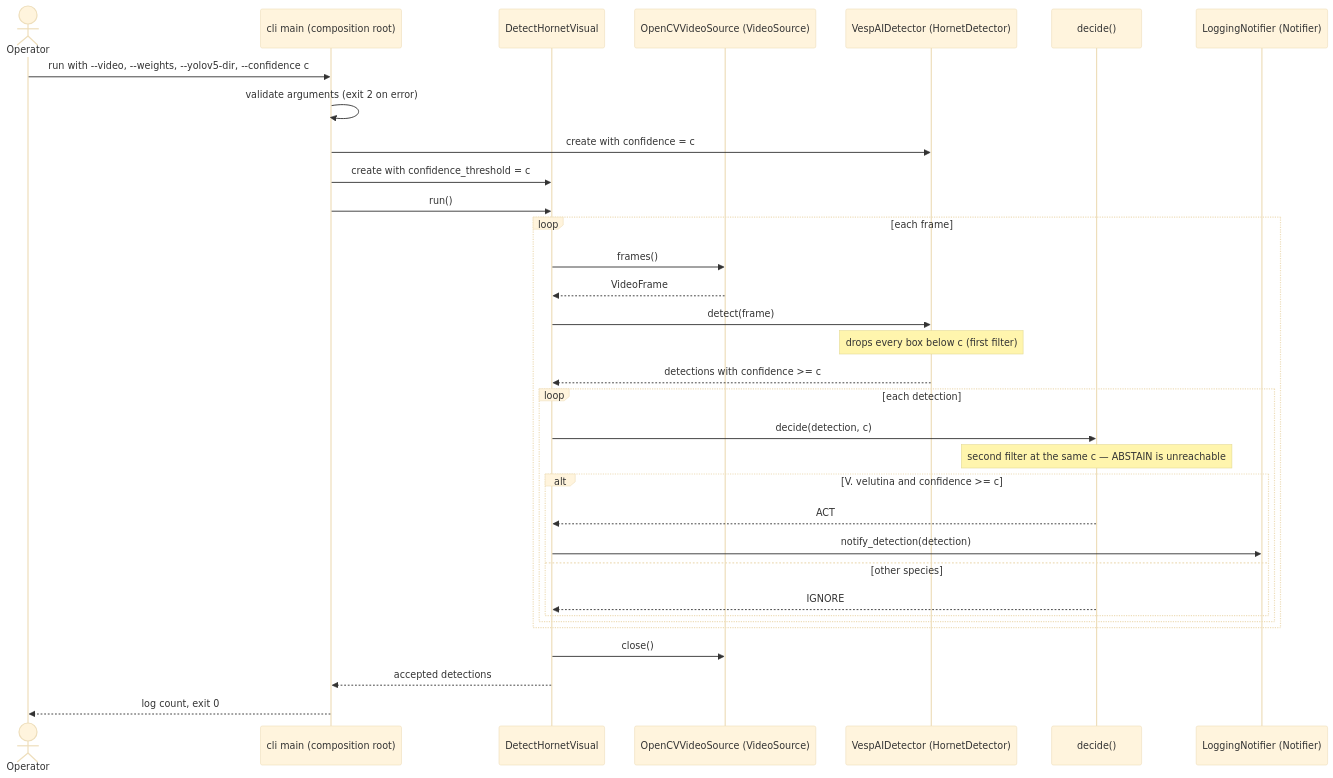
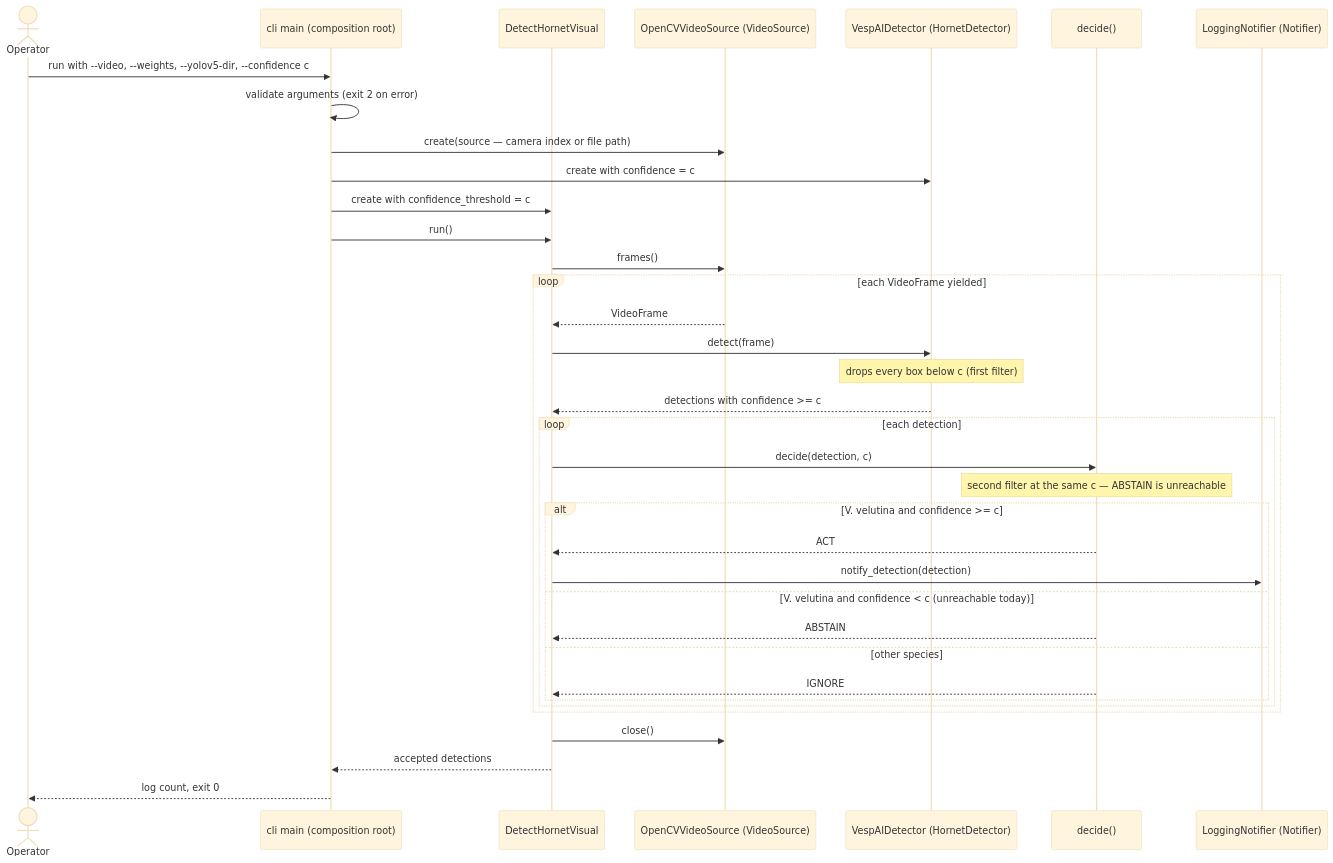
One commit to benoit-bremaud/aristech changed the diagram in docs/architecture/diagrams/detection/02-sequence-live-detection.md. Above: the diagram before and after it, drawn with Mermaid (base theme). The commit also changed 3 other files, not shown here.

Commit message:
docs(detection/architecture): apply pre-push review fixes and add the review report

````diff
--- a/docs/architecture/diagrams/detection/02-sequence-live-detection.md
+++ b/docs/architecture/diagrams/detection/02-sequence-live-detection.md
@@ -15,36 +15,39 @@
 ```mermaid
 sequenceDiagram
     actor Operator
     participant CLI as cli main (composition root)
     participant UC as DetectHornetVisual
     participant VS as OpenCVVideoSource (VideoSource)
     participant DET as VespAIDetector (HornetDetector)
     participant DEC as decide()
     participant N as LoggingNotifier (Notifier)
 
     Operator->>CLI: run with --video, --weights, --yolov5-dir, --confidence c
     CLI->>CLI: validate arguments (exit 2 on error)
+    CLI->>VS: create(source — camera index or file path)
     CLI->>DET: create with confidence = c
     CLI->>UC: create with confidence_threshold = c
     CLI->>UC: run()
-    loop each frame
-        UC->>VS: frames()
+    UC->>VS: frames()
+    loop each VideoFrame yielded
         VS-->>UC: VideoFrame
         UC->>DET: detect(frame)
         Note over DET: drops every box below c (first filter)
         DET-->>UC: detections with confidence >= c
         loop each detection
             UC->>DEC: decide(detection, c)
             Note over DEC: second filter at the same c — ABSTAIN is unreachable
             alt V. velutina and confidence >= c
                 DEC-->>UC: ACT
                 UC->>N: notify_detection(detection)
+            else V. velutina and confidence < c (unreachable today)
+                DEC-->>UC: ABSTAIN
             else other species
                 DEC-->>UC: IGNORE
             end
         end
     end
     UC->>VS: close()
     UC-->>CLI: accepted detections
     CLI-->>Operator: log count, exit 0
 ```
````
